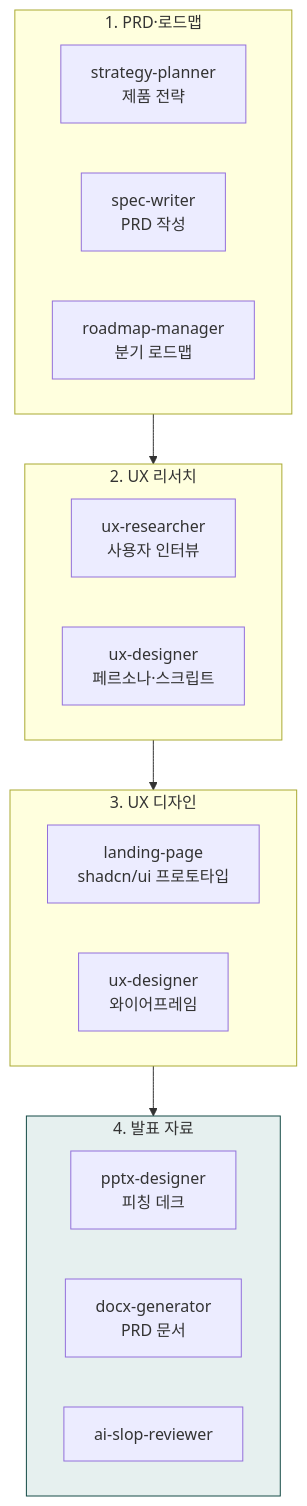
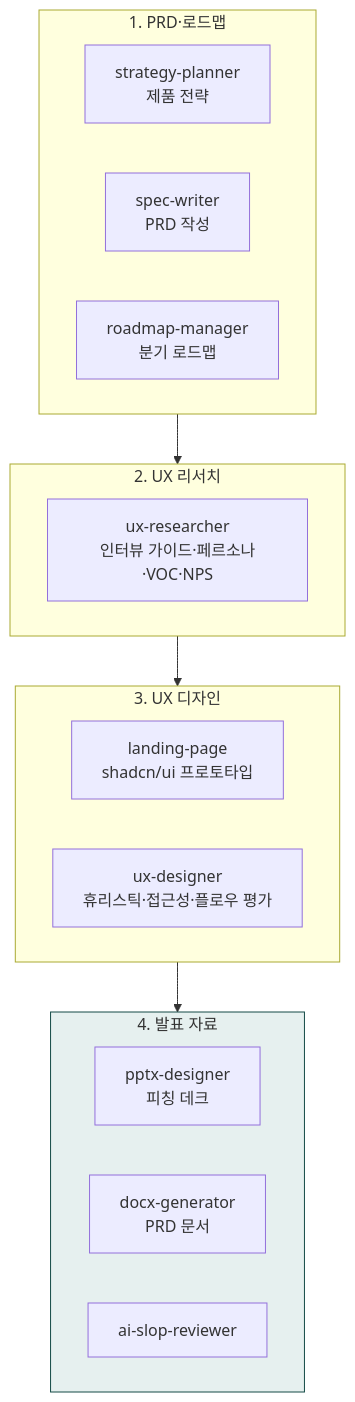
One commit to modu-ai/claude changed the diagram in content/cookbook/tracks/track-product.md. Above: the diagram before and after it, drawn with Mermaid. The commit also changed other lines of this file and 43 other files, not shown here.

````diff
--- a/content/cookbook/tracks/track-product.md
+++ b/content/cookbook/tracks/track-product.md
@@ -14,23 +14,22 @@
 ```mermaid
 flowchart TD
     subgraph 기획["1. PRD·로드맵"]
         A1["strategy-planner<br/>제품 전략"]
         A2["spec-writer<br/>PRD 작성"]
         A3["roadmap-manager<br/>분기 로드맵"]
     end
     subgraph 리서치["2. UX 리서치"]
-        B1["ux-researcher<br/>사용자 인터뷰"]
-        B2["ux-designer<br/>페르소나·스크립트"]
+        B1["ux-researcher<br/>인터뷰 가이드·페르소나·VOC·NPS"]
     end
     subgraph 디자인["3. UX 디자인"]
         C1["landing-page<br/>shadcn/ui 프로토타입"]
-        C2["ux-designer<br/>와이어프레임"]
+        C2["ux-designer<br/>휴리스틱·접근성·플로우 평가"]
     end
     subgraph 발표["4. 발표 자료"]
         D1["pptx-designer<br/>피칭 데크"]
         D2["docx-generator<br/>PRD 문서"]
         D3["ai-slop-reviewer"]
     end
     기획 --> 리서치 --> 디자인 --> 발표
     style 발표 fill:#e6f0ef,stroke:#144a46
 ```
````
